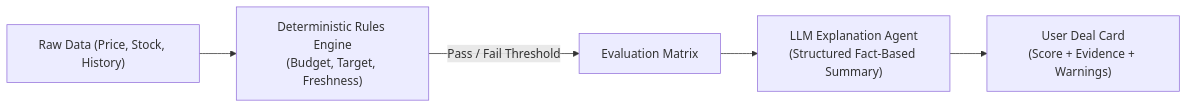
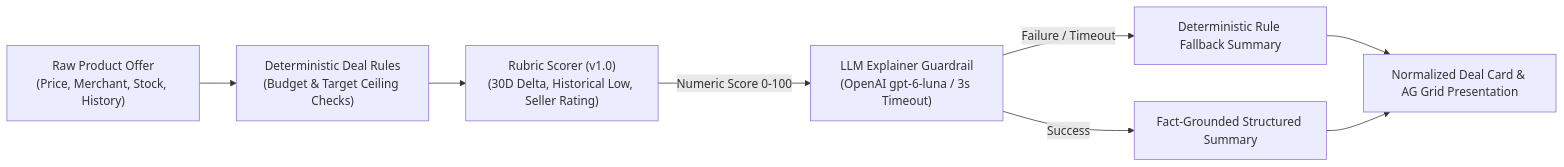
One commit to AbhinavBist-01/dealpilot changed the second of 4 diagrams in README.md. Above: the diagram before and after it, drawn with Mermaid. The commit also changed other lines of this file and 2 other files, not shown here.

````diff
--- a/README.md
+++ b/README.md
@@ -269,7 +166,10 @@
 ```mermaid
 flowchart LR
-    A["Raw Data (Price, Stock, History)"] --> B["Deterministic Rules Engine\n(Budget, Target, Freshness)"]
-    B -->|Pass / Fail Threshold| C["Evaluation Matrix"]
-    C --> D["LLM Explanation Agent\n(Structured Fact-Based Summary)"]
-    D --> E["User Deal Card\n(Score + Evidence + Warnings)"]
+    A["Raw Product Offer\n(Price, Merchant, Stock, History)"] --> B["Deterministic Deal Rules\n(Budget & Target Ceiling Checks)"]
+    B --> C["Rubric Scorer (v1.0)\n(30D Delta, Historical Low, Seller Rating)"]
+    C -->|Numeric Score 0-100| D["LLM Explainer Guardrail\n(OpenAI gpt-6-luna / 3s Timeout)"]
+    D -->|Failure / Timeout| E["Deterministic Rule Fallback Summary"]
+    D -->|Success| F["Fact-Grounded Structured Summary"]
+    E --> G["Normalized Deal Card & AG Grid Presentation"]
+    F --> G
 ```
````
